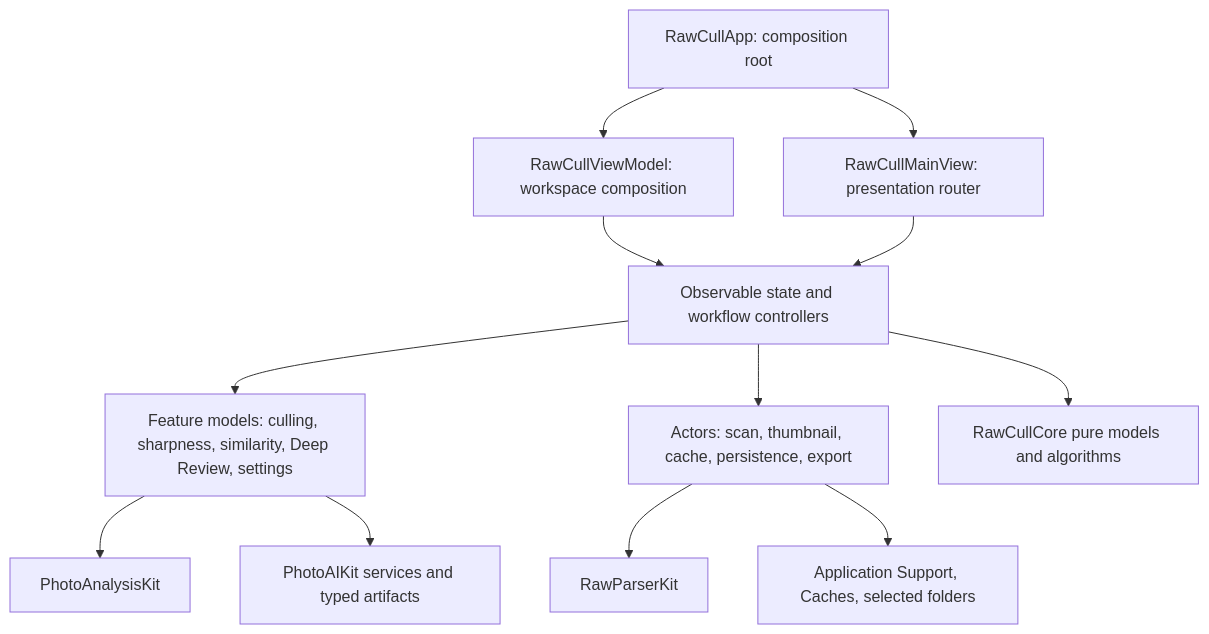
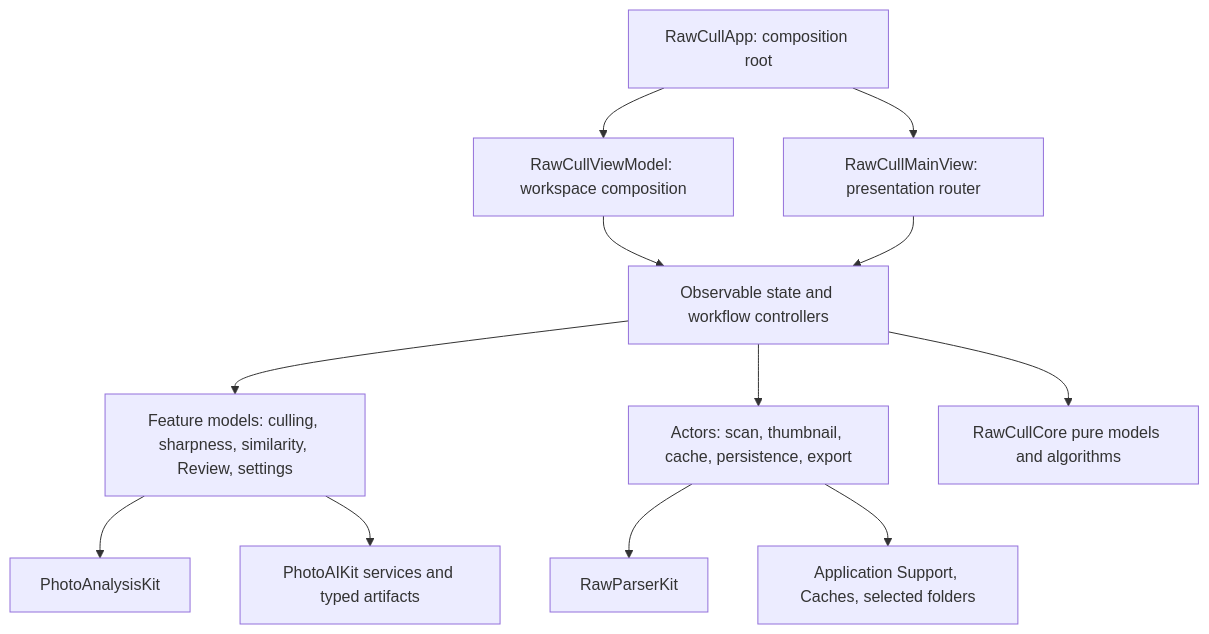
One commit to rsyncOSX/TechDocRawcull changed the diagram in content/en/docs/_index.md. Above: the diagram before and after it, drawn with Mermaid. The commit also changed other lines of this file and 42 other files, not shown here.

````diff
--- a/content/en/docs/_index.md
+++ b/content/en/docs/_index.md
@@ -67,14 +67,14 @@
 ```mermaid
 flowchart TD
     App["RawCullApp: composition root"] --> Main["RawCullMainView: presentation router"]
     App --> VM["RawCullViewModel: workspace composition"]
     VM --> Owners["Observable state and workflow controllers"]
     Main --> Owners
-    Owners --> Feature["Feature models: culling, sharpness, similarity, Deep Review, settings"]
+    Owners --> Feature["Feature models: culling, sharpness, similarity, Review, settings"]
     Owners --> Actors["Actors: scan, thumbnail, cache, persistence, export"]
     Feature --> Analysis["PhotoAnalysisKit"]
     Feature --> AI["PhotoAIKit services and typed artifacts"]
     Actors --> Parser["RawParserKit"]
     Owners --> Core["RawCullCore pure models and algorithms"]
     Actors --> Storage["Application Support, Caches, selected folders"]
 ```
````
